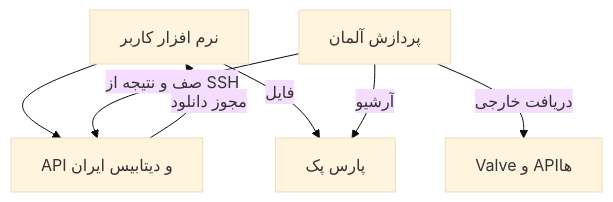
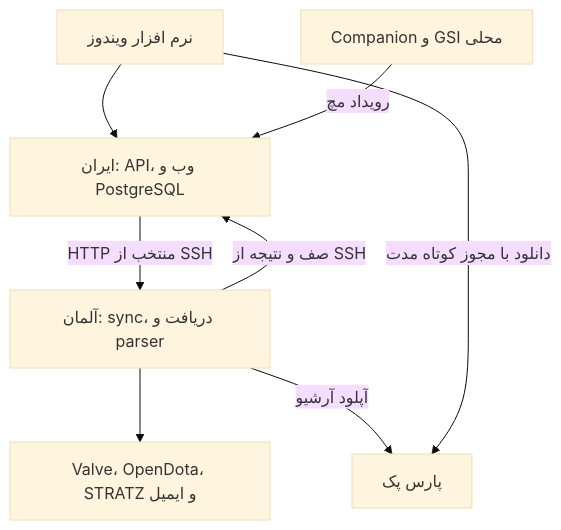
The diagram in docs/two-vps-architecture.fa.md (RazazanOfficial/dota2-match-notes), drawn with Mermaid (base theme) before and after one commit. The commit also changed other lines of this file and 141 other files, not shown here.

````diff
--- a/docs/two-vps-architecture.fa.md
+++ b/docs/two-vps-architecture.fa.md
@@ -8,9 +9,10 @@
 ```mermaid
 flowchart TD
-  User["نرم افزار کاربر"] --> Iran["API و دیتابیس ایران"]
-  Iran -->|"مجوز دانلود"| User
-  User -->|"فایل"| Storage["پارس پک"]
-  Germany["پردازش آلمان"] -->|"دریافت خارجی"| Providers["Valve و APIها"]
-  Germany -->|"آرشیو"| Storage
-  Germany -->|"صف و نتیجه از SSH"| Iran
+  Client["نرم افزار ویندوز"] --> Iran["ایران: API، وب و PostgreSQL"]
+  Agent["Companion و GSI محلی"] -->|"رویداد مچ"| Iran
+  Germany["آلمان: sync، دریافت و parser"] -->|"صف و نتیجه از SSH"| Iran
+  Iran -->|"HTTP منتخب از SSH"| Germany
+  Germany --> Providers["Valve، OpenDota، STRATZ و ایمیل"]
+  Germany -->|"آپلود آرشیو"| Storage["پارس پک"]
+  Client -->|"دانلود با مجوز کوتاه مدت"| Storage
 ```
````
